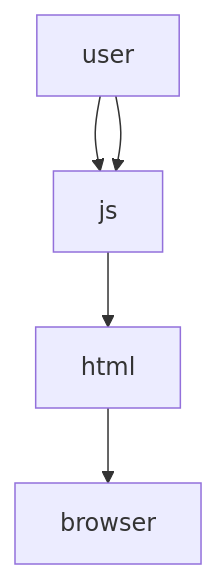
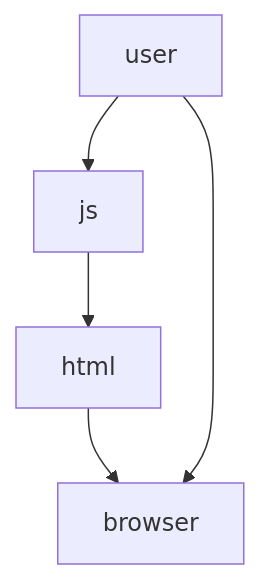
One commit to moses-molepo/Dynamic-Web-Apps changed the diagram in README.md. Above: the diagram before and after it, drawn with Mermaid.

````diff
--- a/README.md
+++ b/README.md
@@ -3,7 +3,7 @@
 ```mermaid
 graph TD;
     user-->js;
     html-->browser;
-    user-->js;
+    user-->browser;
     js-->html;
 ```
````
